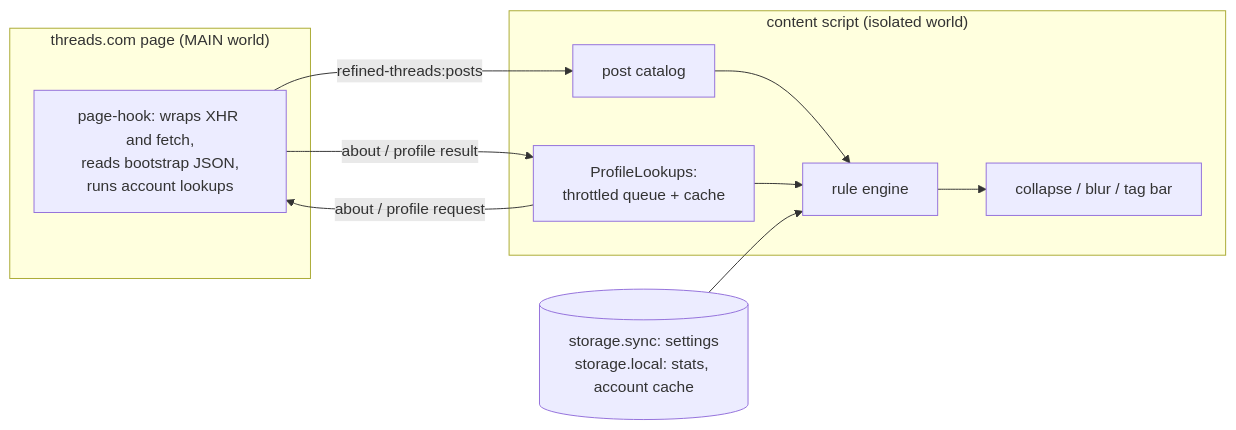
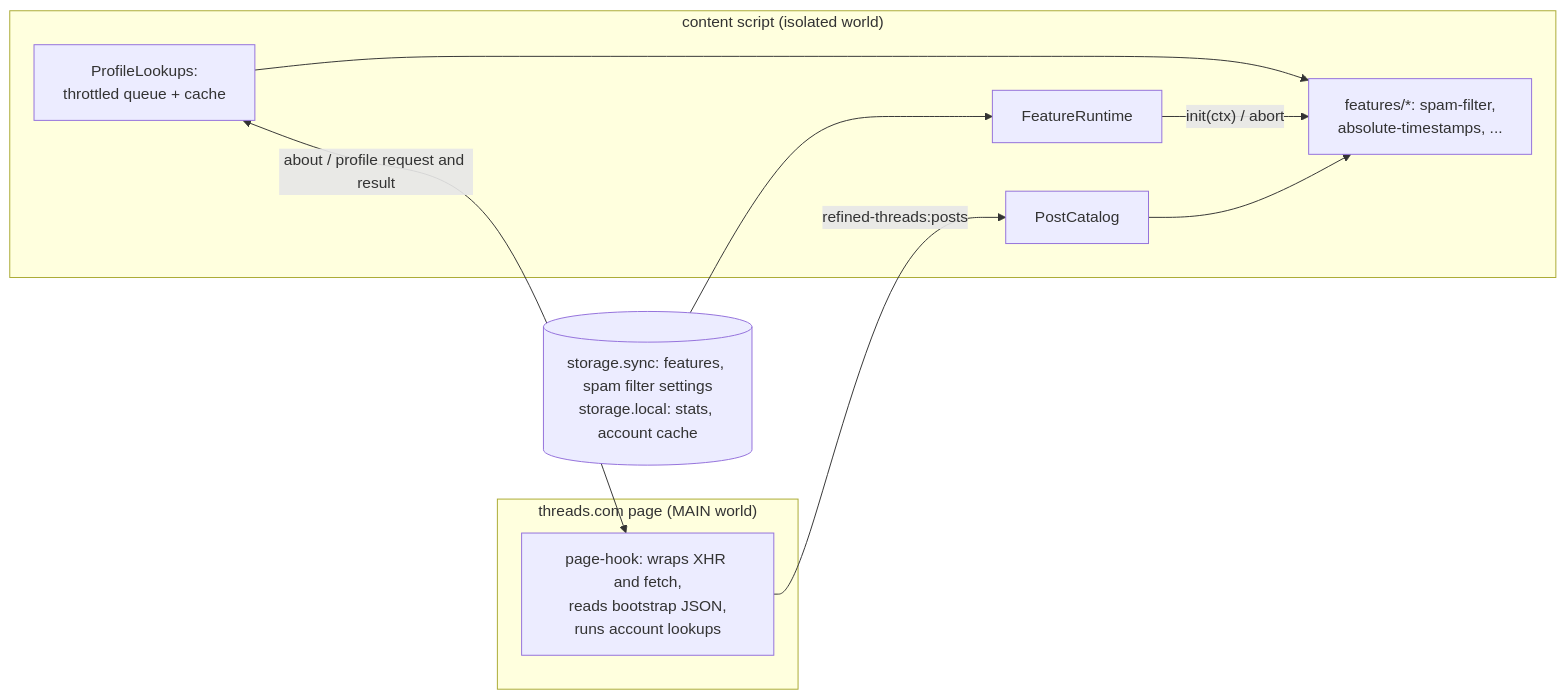
Before and after one commit to hannoeru/refined-threads: the diagram in README.md, drawn with Mermaid. The commit also changed other lines of this file and 49 other files, not shown here.

Commit message:
feat: turn Refined Threads into a collection of features with per-feature settings

````diff
--- a/README.md
+++ b/README.md
@@ -20,19 +20,18 @@
 ```mermaid
 flowchart LR
   subgraph Page["threads.com page (MAIN world)"]
     Hook["page-hook: wraps XHR and fetch,<br/>reads bootstrap JSON,<br/>runs account lookups"]
   end
   subgraph Content["content script (isolated world)"]
-    Catalog["post catalog"]
+    Posts["PostCatalog"]
     Lookups["ProfileLookups:<br/>throttled queue + cache"]
-    Engine["rule engine"]
-    View["collapse / blur / tag bar"]
+    Runtime["FeatureRuntime"]
+    Features["features/*: spam-filter,<br/>absolute-timestamps, ..."]
   end
-  Hook -- "refined-threads:posts" --> Catalog
-  Lookups -- "about / profile request" --> Hook
-  Hook -- "about / profile result" --> Lookups
-  Catalog --> Engine
-  Lookups --> Engine
-  Engine --> View
-  Settings[("storage.sync: settings<br/>storage.local: stats, account cache")] --> Engine
+  Hook -- "refined-threads:posts" --> Posts
+  Lookups <-- "about / profile request and result" --> Hook
+  Store[("storage.sync: features, spam filter settings<br/>storage.local: stats, account cache")] --> Runtime
+  Runtime -- "init(ctx) / abort" --> Features
+  Posts --> Features
+  Lookups --> Features
 ```
````
